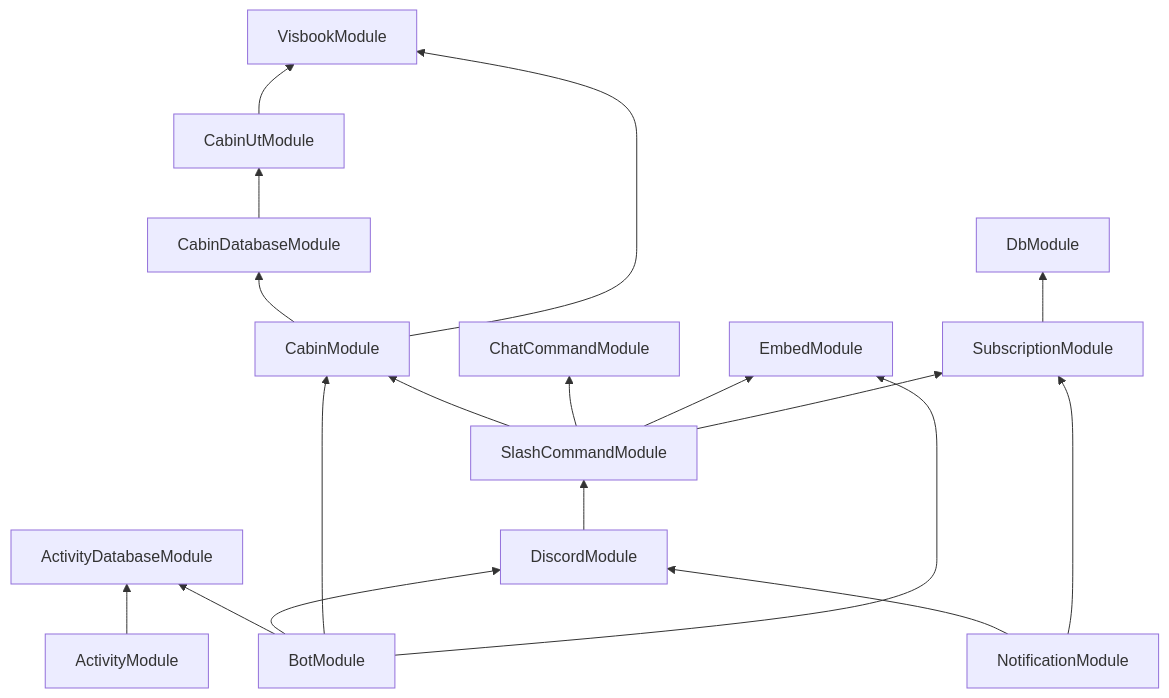
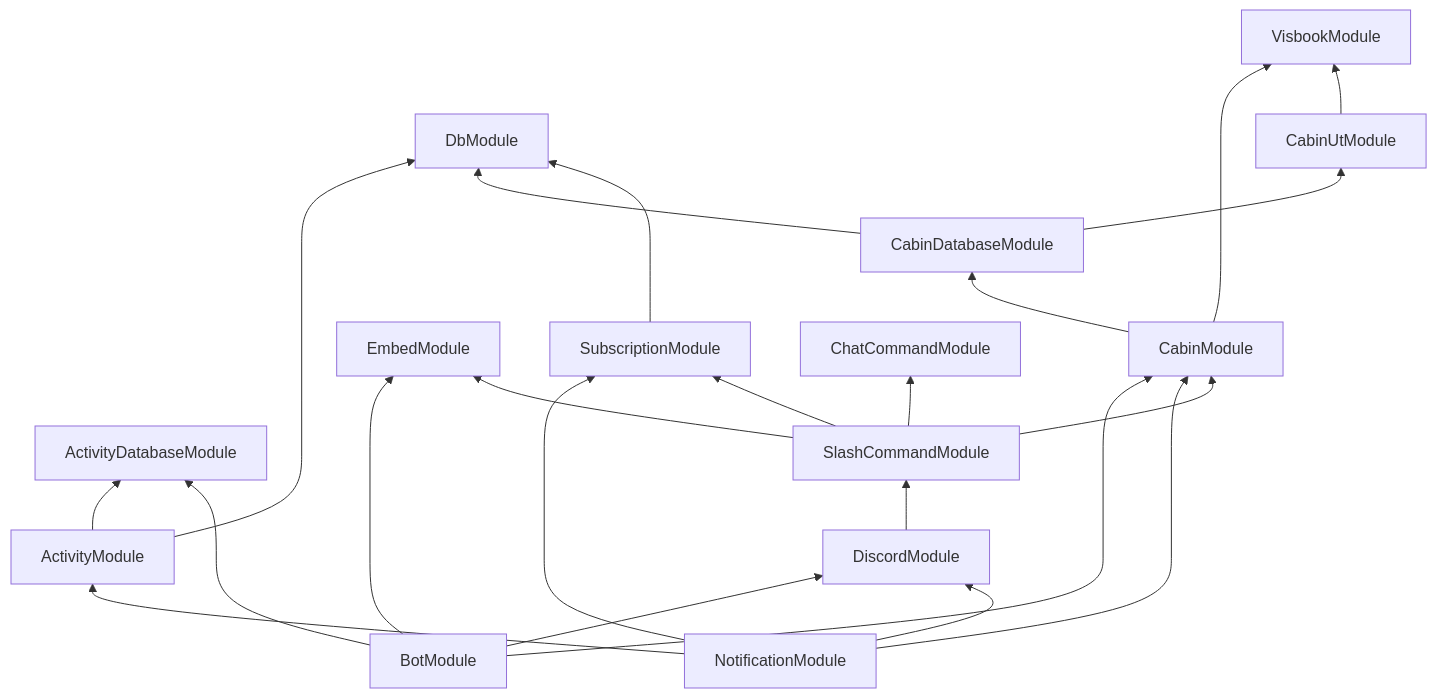
Before and after one commit to gingermusketeer/dnt-discord-bot: the diagram in docs/dev-guide/modules.md, drawn with Mermaid. The commit also changed 9 other files, not shown here.

````diff
--- a/docs/dev-guide/modules.md
+++ b/docs/dev-guide/modules.md
@@ -5,21 +5,25 @@
 ```mermaid
 flowchart BT
 
 ActivityModule --> ActivityDatabaseModule
+ActivityModule --> DbModule
 BotModule --> ActivityDatabaseModule
 BotModule --> DiscordModule
 BotModule --> CabinModule
 BotModule --> EmbedModule
 CabinModule --> CabinDatabaseModule
 CabinModule --> VisbookModule
 CabinDatabaseModule --> CabinUtModule
+CabinDatabaseModule --> DbModule
 CabinUtModule --> VisbookModule
 DiscordModule --> SlashCommandModule
 NotificationModule --> DiscordModule
 NotificationModule --> SubscriptionModule
+NotificationModule --> ActivityModule
+NotificationModule --> CabinModule
 SlashCommandModule --> CabinModule
 SlashCommandModule --> ChatCommandModule
 SlashCommandModule --> EmbedModule
 SlashCommandModule --> SubscriptionModule
 SubscriptionModule --> DbModule
 ```
````
